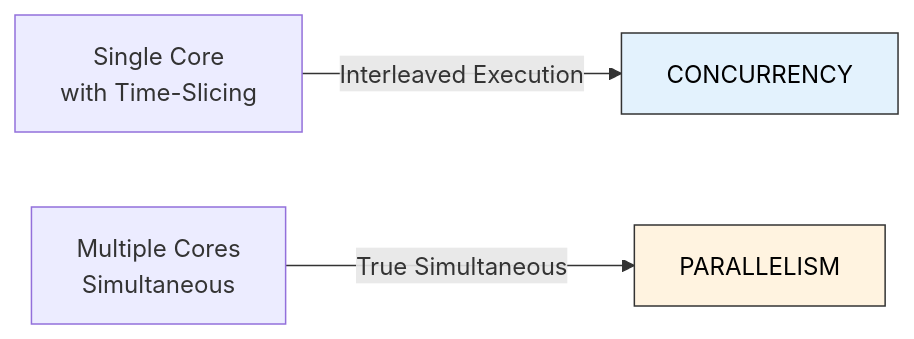
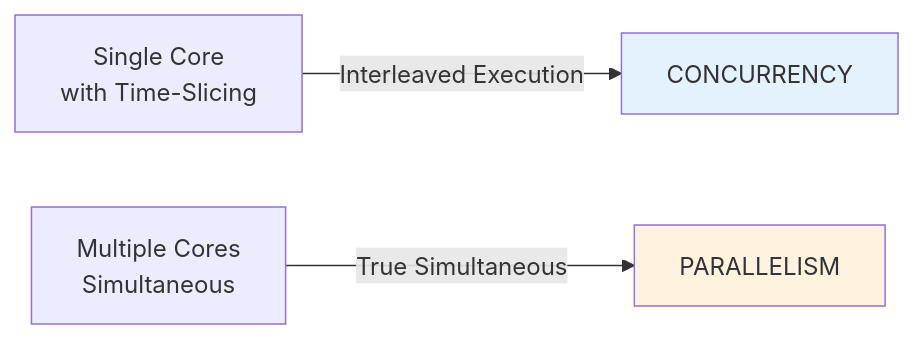
Before and after one commit to nitinkc/MultithreadingLearningHub: the first of 3 diagrams in docs/theory/01-foundations-concurrency.md, drawn with Mermaid. The commit also changed other lines of this file, not shown here.

````diff
--- a/docs/theory/01-foundations-concurrency.md
+++ b/docs/theory/01-foundations-concurrency.md
@@ -55,8 +55,8 @@
 ```mermaid
 graph LR
     A["Single Core<br/>with Time-Slicing"] -->|Interleaved Execution| B["CONCURRENCY"]
     C["Multiple Cores<br/>Simultaneous"] -->|True Simultaneous| D["PARALLELISM"]
-
-    style B fill:#e3f2fd,color:#000,stroke:#333
-    style D fill:#fff3e0,color:#000,stroke:#333
+    
+    style B fill:#e3f2fd
+    style D fill:#fff3e0
 ```
````
